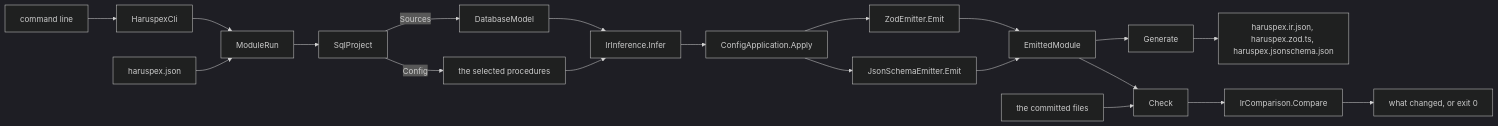
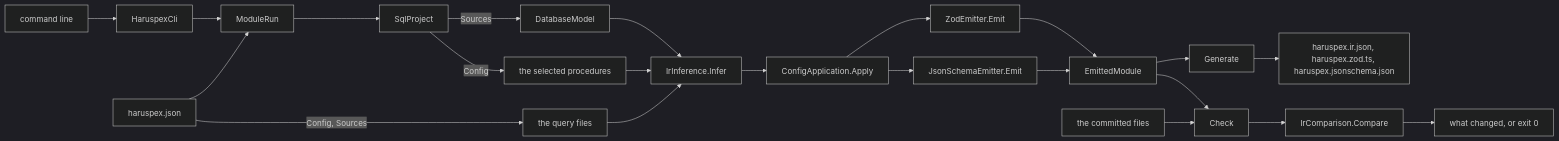
One commit to haruspex-tools/haruspex changed the diagram in src/Haruspex.Cli/README.md. Above: the diagram before and after it, drawn with Mermaid (dark theme). The commit also changed other lines of this file and 763 other files, not shown here.

````diff
--- a/src/Haruspex.Cli/README.md
+++ b/src/Haruspex.Cli/README.md
@@ -16,22 +16,24 @@
 ```mermaid
 flowchart LR
     args["command line"] --> cli["HaruspexCli"]
     cli --> run["ModuleRun"]
     configFile["haruspex.json"] --> run
     run --> project["SqlProject"]
     project -->|Sources| model["DatabaseModel"]
     project -->|Config| selected["the selected procedures"]
+    configFile -->|"Config, Sources"| queries["the query files"]
+    queries --> infer
     model --> infer["IrInference.Infer"]
     selected --> infer
     infer --> apply["ConfigApplication.Apply"]
     apply --> zod["ZodEmitter.Emit"]
     apply --> jsonSchema["JsonSchemaEmitter.Emit"]
     zod --> emitted["EmittedModule"]
     jsonSchema --> emitted
     emitted --> generate["Generate"]
     generate --> files["haruspex.ir.json, haruspex.zod.ts, haruspex.jsonschema.json"]
     emitted --> check["Check"]
     committed["the committed files"] --> check
     check --> compare["IrComparison.Compare"]
     compare --> changes["what changed, or exit 0"]
 ```
````
